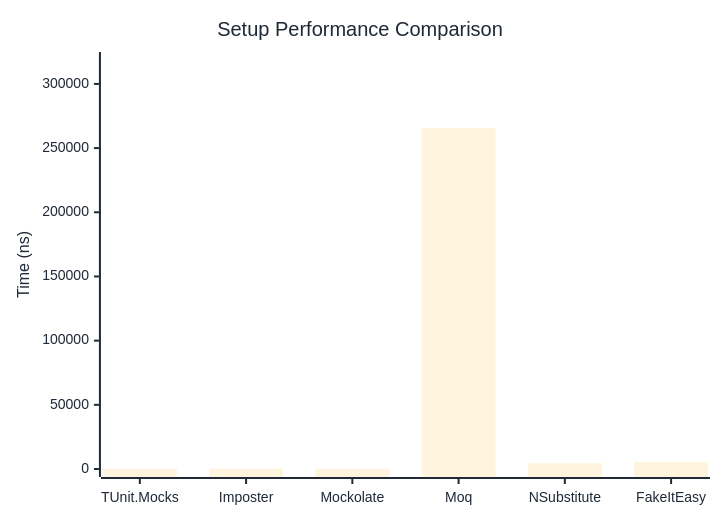
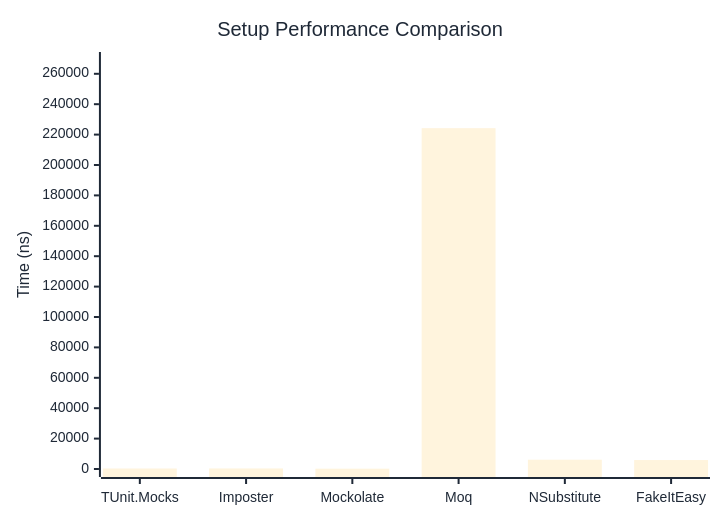
The first of 2 diagrams in docs/docs/benchmarks/mocks/Setup.md (thomhurst/TUnit), drawn with Mermaid before and after one commit. The commit also changed other lines of this file and 14 other files, not shown here.

````diff
--- a/docs/docs/benchmarks/mocks/Setup.md
+++ b/docs/docs/benchmarks/mocks/Setup.md
@@ -30,27 +30,27 @@
 ```mermaid
 %%{init: {
   'theme':'base',
   'themeVariables': {
     'primaryColor': '#2563eb',
     'primaryTextColor': '#1f2937',
     'primaryBorderColor': '#1e40af',
     'lineColor': '#6b7280',
     'secondaryColor': '#7c3aed',
     'tertiaryColor': '#dc2626',
     'background': '#ffffff',
     'pie1': '#2563eb',
     'pie2': '#7c3aed',
     'pie3': '#dc2626',
     'pie4': '#f59e0b',
     'pie5': '#10b981',
     'pie6': '#06b6d4',
     'pie7': '#ec4899',
     'pie8': '#6366f1'
   }
 }}%%
 xychart-beta
   title "Setup Performance Comparison"
   x-axis ["TUnit.Mocks", "Imposter", "Mockolate", "Moq", "NSubstitute", "FakeItEasy"]
-  y-axis "Time (ns)" 0 --> 318633
-  bar [199.1, 250.1, 127.1, 265527.2, 4520.5, 5420.1]
+  y-axis "Time (ns)" 0 --> 269076
+  bar [328.5, 373.2, 204.9, 224229.7, 6120.5, 5883.7]
 ```
````
